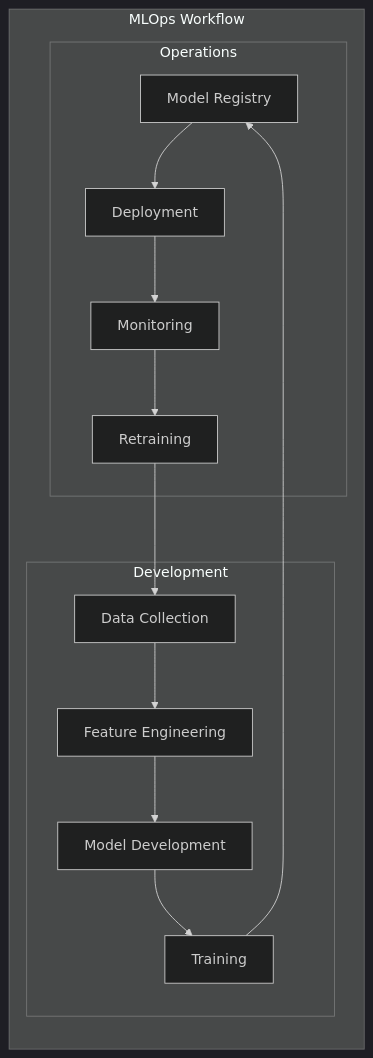
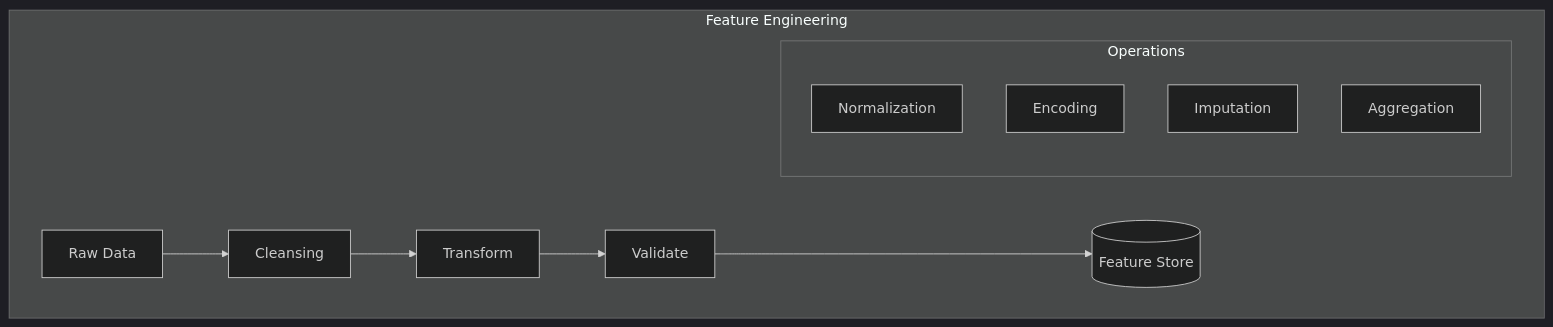
One commit to saravanakumarrc/Architecture_Journey changed the second of 7 diagrams in src/AI_ML_Application_Patterns.md. Above: the diagram before and after it, drawn with Mermaid (dark theme). The commit also changed other lines of this file and 2 other files, not shown here.

Commit message:
Enhance High Availability Design documentation with core concepts, redundancy models, and recovery strategies; improve clarity and structure of monitoring and disaster recovery sections.

````diff
--- a/src/AI_ML_Application_Patterns.md
+++ b/src/AI_ML_Application_Patterns.md
@@ -28,24 +30,16 @@
 ```mermaid
 graph TB
-    subgraph "MLOps Workflow"
-        direction TB
-        
-        subgraph "Development"
-            D1[Data Collection]
-            D2[Feature Engineering]
-            D3[Model Development]
-            D4[Training]
-        end
+    subgraph "Feature Engineering"
+        R[Raw Data] --> C[Cleansing]
+        C --> T[Transform]
+        T --> V[Validate]
+        V --> S[(Feature Store)]
         
         subgraph "Operations"
-            O1[Model Registry]
-            O2[Deployment]
-            O3[Monitoring]
-            O4[Retraining]
+            N[Normalization]
+            E[Encoding]
+            I[Imputation]
+            A[Aggregation]
         end
-        
-        D1 --> D2 --> D3 --> D4
-        D4 --> O1 --> O2 --> O3 --> O4
-        O4 --> D1
     end
 ```
````
